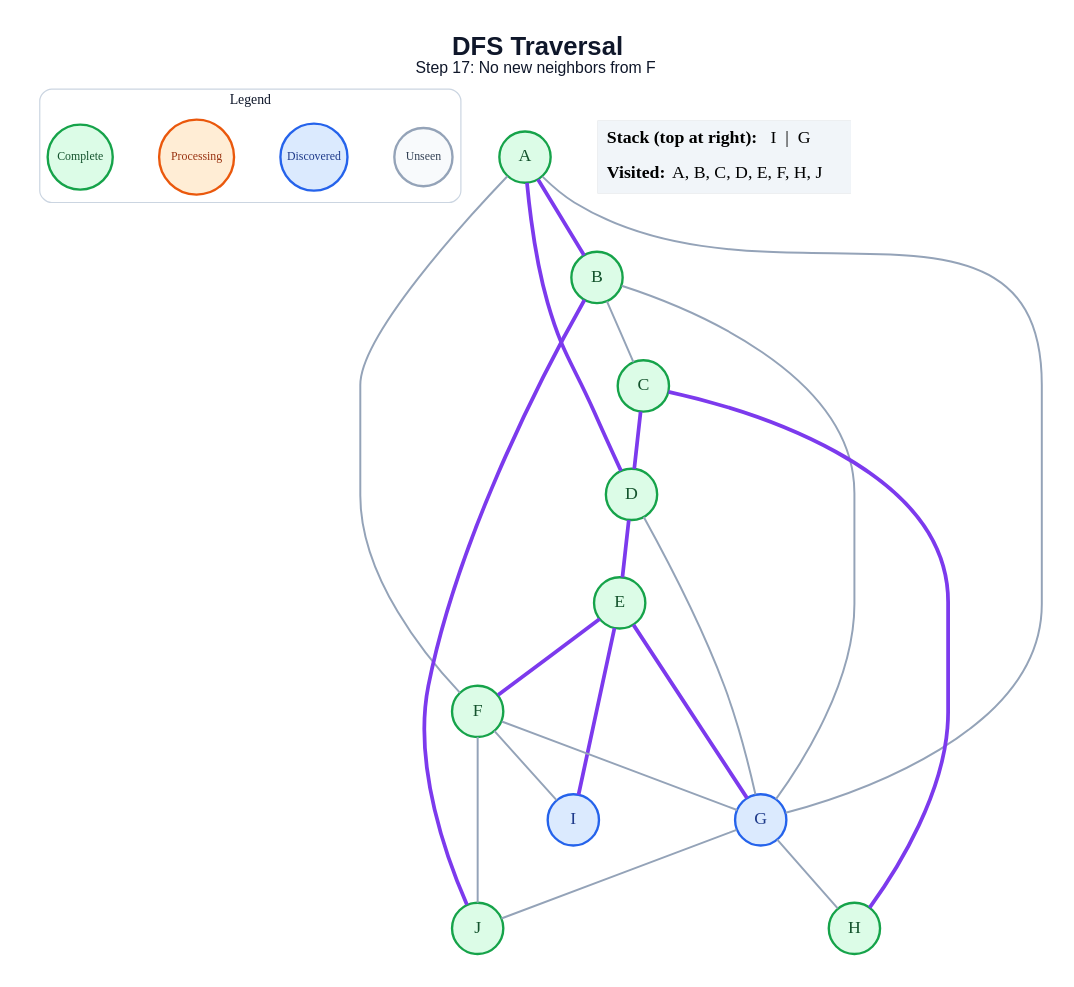
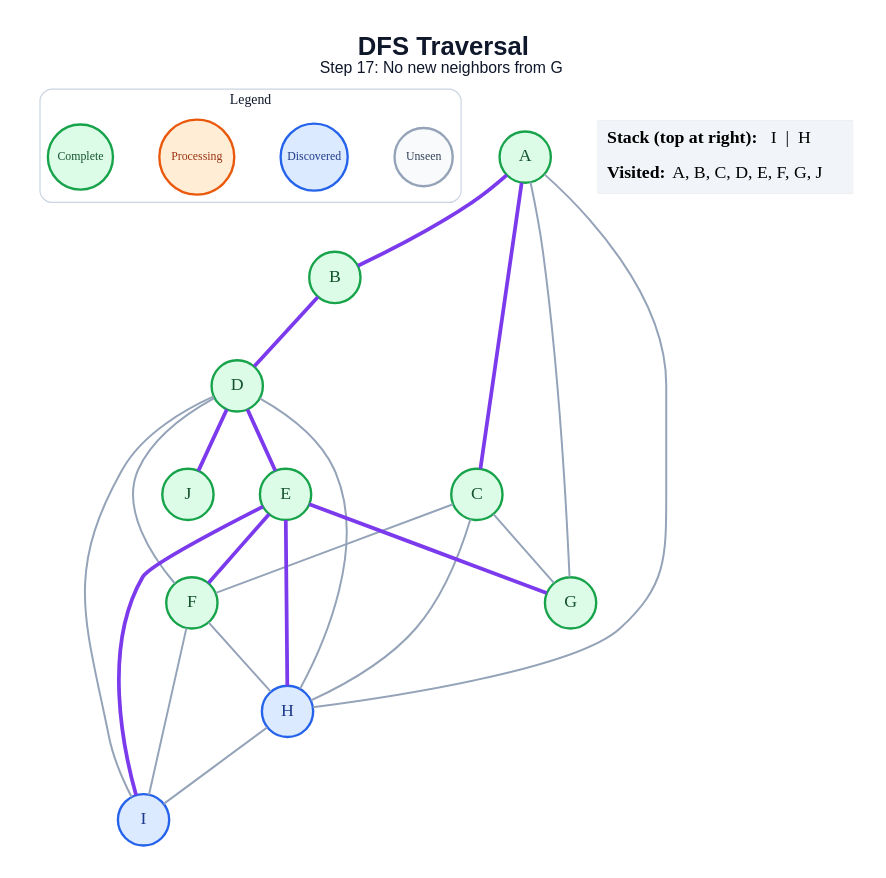
One commit to amanghodawala9/ai-slop changed the diagram in generated/specific-node/dfs/step_17.dot. Above: the diagram before and after it, drawn with Graphviz. The commit also changed 178 other files, not shown here.

```diff
--- a/generated/specific-node/dfs/step_17.dot
+++ b/generated/specific-node/dfs/step_17.dot
@@ -1,48 +1,49 @@
 graph traversal {
   graph [layout=dot, rankdir=TB, bgcolor="#FFFFFF", pad="0.35", nodesep="0.65", ranksep="0.8", fontname="Arial"];
   node [shape=circle, style="filled", fontname="Arial Bold", fontsize=18, width=0.72, fixedsize=true, penwidth=2.4];
   edge [color="#94A3B8", penwidth=2.0];
-  label=<<B>DFS Traversal</B><BR/><FONT POINT-SIZE="16">Step 17: No new neighbors from F</FONT>>; labelloc="t"; fontsize=26; fontname="Arial"; fontcolor="#0F172A";
+  label=<<B>DFS Traversal</B><BR/><FONT POINT-SIZE="16">Step 17: No new neighbors from G</FONT>>; labelloc="t"; fontsize=26; fontname="Arial"; fontcolor="#0F172A";
   subgraph cluster_legend { label="Legend"; color="#CBD5E1"; penwidth=1.2; style="rounded"; fontsize=14; fontname="Arial Bold";
     key_unseen [label="Unseen", fillcolor="#F8FAFC", color="#94A3B8", fontcolor="#334155", fontsize=12, width=0.82];
     key_frontier [label="Discovered", fillcolor="#DBEAFE", color="#2563EB", fontcolor="#1E3A8A", fontsize=12, width=0.95];
     key_current [label="Processing", fillcolor="#FFEDD5", color="#EA580C", fontcolor="#9A3412", fontsize=12, width=1.05];
     key_done [label="Complete", fillcolor="#DCFCE7", color="#16A34A", fontcolor="#14532D", fontsize=12, width=0.92];
     { rank=same; key_unseen; key_frontier; key_current; key_done; }
   }
   A [fillcolor="#DCFCE7", color="#16A34A", fontcolor="#14532D"];
   B [fillcolor="#DCFCE7", color="#16A34A", fontcolor="#14532D"];
   C [fillcolor="#DCFCE7", color="#16A34A", fontcolor="#14532D"];
   D [fillcolor="#DCFCE7", color="#16A34A", fontcolor="#14532D"];
   E [fillcolor="#DCFCE7", color="#16A34A", fontcolor="#14532D"];
   F [fillcolor="#DCFCE7", color="#16A34A", fontcolor="#14532D"];
-  G [fillcolor="#DBEAFE", color="#2563EB", fontcolor="#1E3A8A"];
-  H [fillcolor="#DCFCE7", color="#16A34A", fontcolor="#14532D"];
+  G [fillcolor="#DCFCE7", color="#16A34A", fontcolor="#14532D"];
+  H [fillcolor="#DBEAFE", color="#2563EB", fontcolor="#1E3A8A"];
   I [fillcolor="#DBEAFE", color="#2563EB", fontcolor="#1E3A8A"];
   J [fillcolor="#DCFCE7", color="#16A34A", fontcolor="#14532D"];
   A -- B [color="#7C3AED", penwidth=3.8];
-  A -- D [color="#7C3AED", penwidth=3.8];
-  A -- F;
+  A -- C [color="#7C3AED", penwidth=3.8];
   A -- G;
-  B -- C;
-  B -- G;
-  B -- J [color="#7C3AED", penwidth=3.8];
-  C -- D [color="#7C3AED", penwidth=3.8];
-  C -- H [color="#7C3AED", penwidth=3.8];
+  A -- H;
+  B -- D [color="#7C3AED", penwidth=3.8];
+  C -- F;
+  C -- G;
+  C -- H;
   D -- E [color="#7C3AED", penwidth=3.8];
-  D -- G;
+  D -- F;
+  D -- H;
+  D -- I;
+  D -- J [color="#7C3AED", penwidth=3.8];
   E -- F [color="#7C3AED", penwidth=3.8];
   E -- G [color="#7C3AED", penwidth=3.8];
+  E -- H [color="#7C3AED", penwidth=3.8];
   E -- I [color="#7C3AED", penwidth=3.8];
-  F -- G;
+  F -- H;
   F -- I;
-  F -- J;
-  G -- H;
-  G -- J;
+  H -- I;
   status [shape=plain, fixedsize=false, width=0, height=0, margin=0, label=<
     <TABLE BORDER="0" CELLBORDER="0" CELLPADDING="7" BGCOLOR="#F1F5F9">
-      <TR><TD ALIGN="LEFT"><B>Stack (top at right):</B> I  |  G</TD></TR>
-      <TR><TD ALIGN="LEFT"><B>Visited:</B> A, B, C, D, E, F, H, J</TD></TR>
+      <TR><TD ALIGN="LEFT"><B>Stack (top at right):</B> I  |  H</TD></TR>
+      <TR><TD ALIGN="LEFT"><B>Visited:</B> A, B, C, D, E, F, G, J</TD></TR>
     </TABLE>
   >];
 }
```
